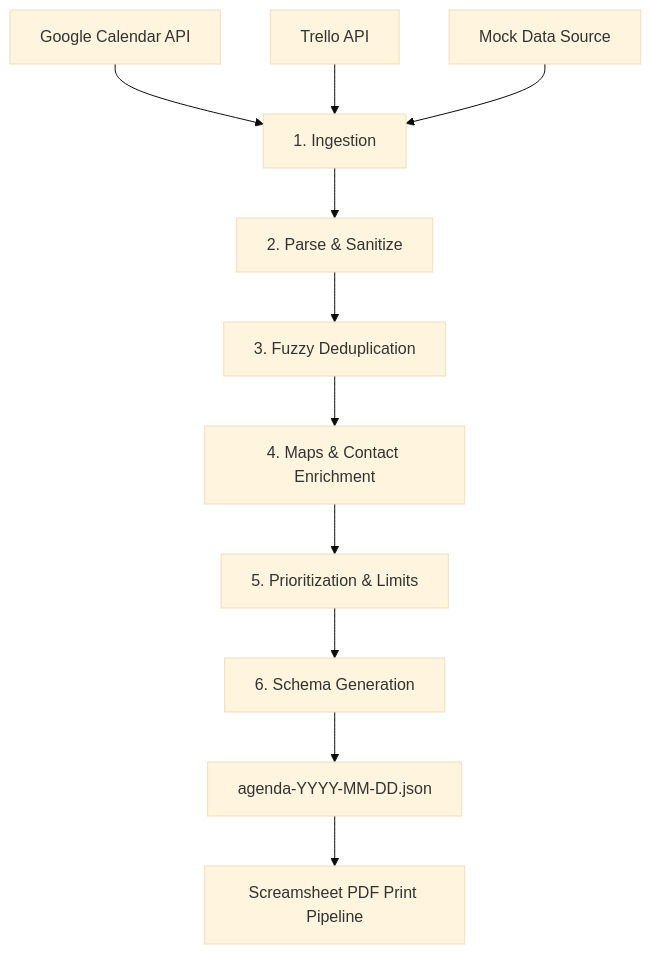
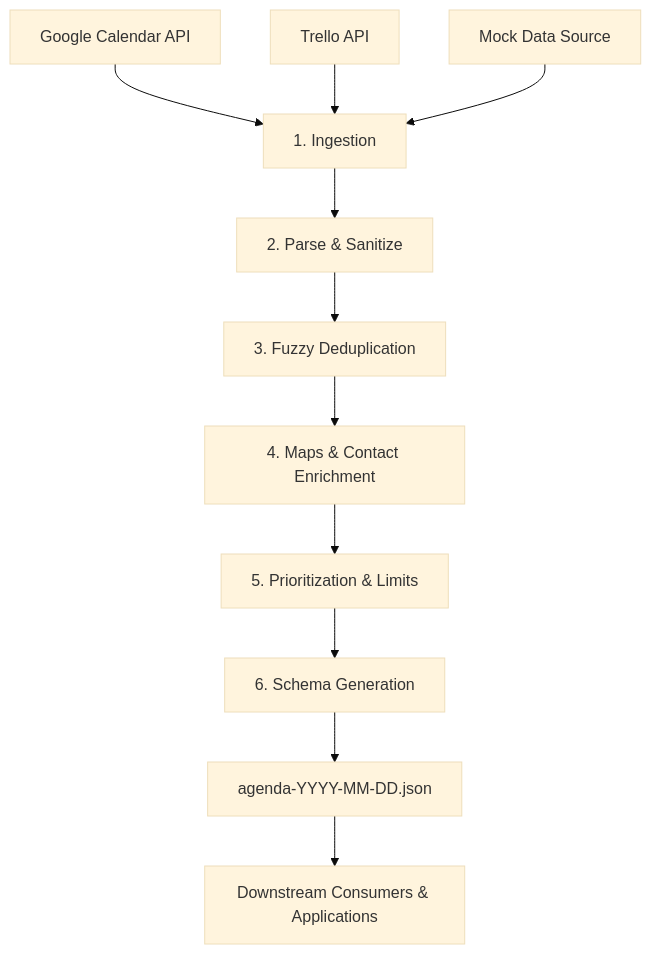
Before and after one commit to peterjmartinson/random-task: the diagram in README.md, drawn with Mermaid (base theme). The commit also changed other lines of this file and 9 other files, not shown here.

````diff
--- a/README.md
+++ b/README.md
@@ -45,15 +45,15 @@
 ```mermaid
 graph TD
     A[Google Calendar API] --> Ingest[1. Ingestion]
     B[Trello API] --> Ingest
     C[Mock Data Source] --> Ingest
     
     Ingest --> Parse[2. Parse & Sanitize]
     Parse --> Dedupe[3. Fuzzy Deduplication]
     Dedupe --> Enrich[4. Maps & Contact Enrichment]
     Enrich --> Prioritize[5. Prioritization & Limits]
     Prioritize --> Format[6. Schema Generation]
     
     Format --> Output[agenda-YYYY-MM-DD.json]
-    Output --> Screamsheet[Screamsheet PDF Print Pipeline]
+    Output --> Downstream[Downstream Consumers & Applications]
 ```
````
